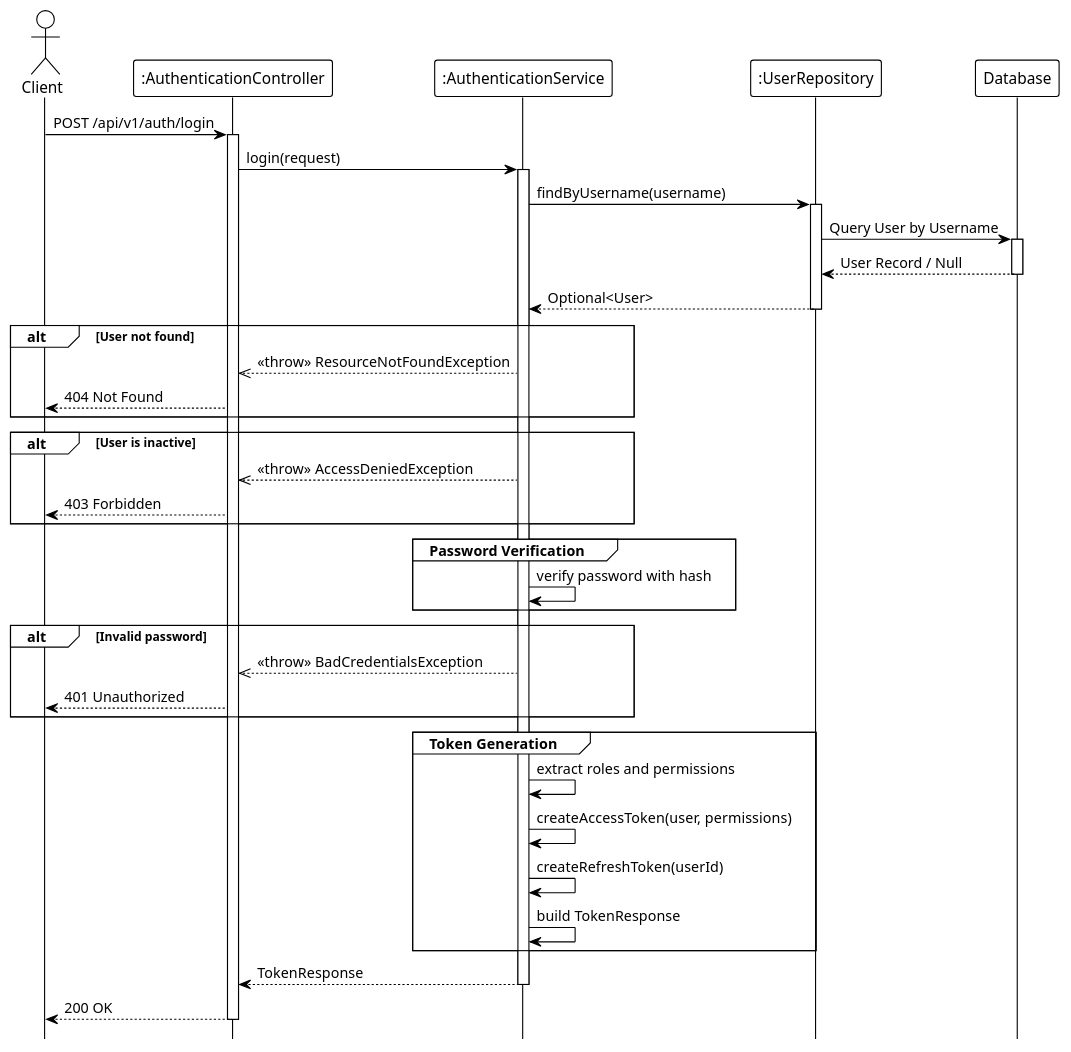
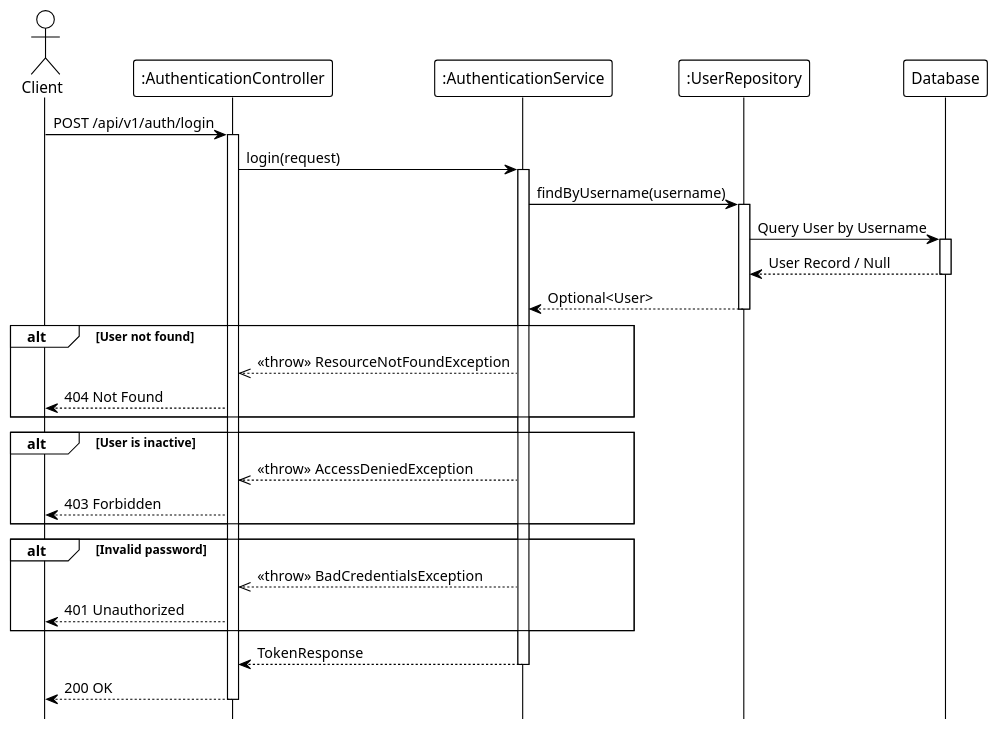
Before and after one commit to Ndh474/context: the diagram in system_detailed_design/01_sign_in_with_username_and_password/sequence_diagram_sign_in_with_username_and_password.puml, drawn with PlantUML. The commit also changed 13 other files, not shown here.

```diff
--- a/system_detailed_design/01_sign_in_with_username_and_password/sequence_diagram_sign_in_with_username_and_password.puml
+++ b/system_detailed_design/01_sign_in_with_username_and_password/sequence_diagram_sign_in_with_username_and_password.puml
@@ -1,64 +1,57 @@
 @startuml sign_in_with_username_and_password
 !theme plain
 hide footbox
 
 actor Client
 participant ":AuthenticationController" as Controller
 participant ":AuthenticationService" as Service
 participant ":UserRepository" as Repository
 participant "Database" as DB
 
 ' --- MAIN FLOW ---
 Client -> Controller: POST /api/v1/auth/login
 activate Controller
 
 Controller -> Service: login(request)
 activate Service
 
 Service -> Repository: findByUsername(username)
 activate Repository
 
 Repository -> DB: Query User by Username
 activate DB
 DB --> Repository: User Record / Null
 deactivate DB
 
 Repository --> Service: Optional<User>
 deactivate Repository
 
 ' --- VALIDATION LOGIC ---
 alt User not found
     Service -->> Controller: <<throw>> ResourceNotFoundException
     Controller --> Client: 404 Not Found
 end
 
 alt User is inactive
     Service -->> Controller: <<throw>> AccessDeniedException
     Controller --> Client: 403 Forbidden
 end
 
 ' --- PASSWORD VALIDATION ---
-group Password Verification
-    Service -> Service: verify password with hash
-end
+' Password verification (internal)
 
 alt Invalid password
     Service -->> Controller: <<throw>> BadCredentialsException
     Controller --> Client: 401 Unauthorized
 end
 
 ' --- TOKEN GENERATION ---
-group Token Generation
-    Service -> Service: extract roles and permissions
-    Service -> Service: createAccessToken(user, permissions)
-    Service -> Service: createRefreshToken(userId)
-    Service -> Service: build TokenResponse
-end
+' Token generation (internal)
 
 Service --> Controller: TokenResponse
 deactivate Service
 
 Controller --> Client: 200 OK
 deactivate Controller
 
 @enduml
```
